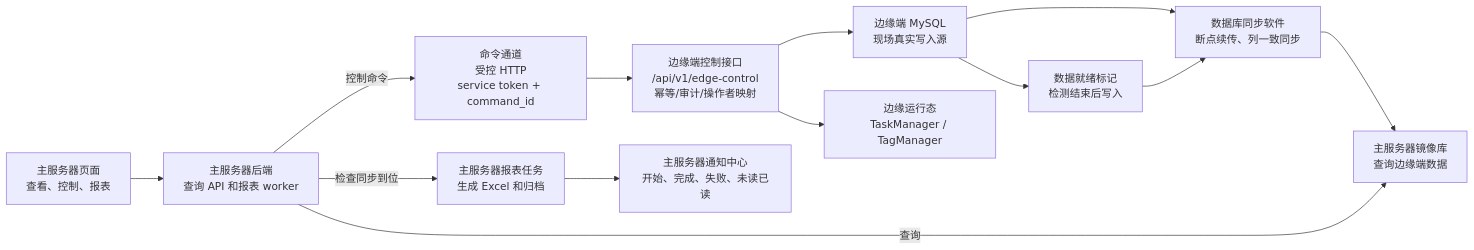
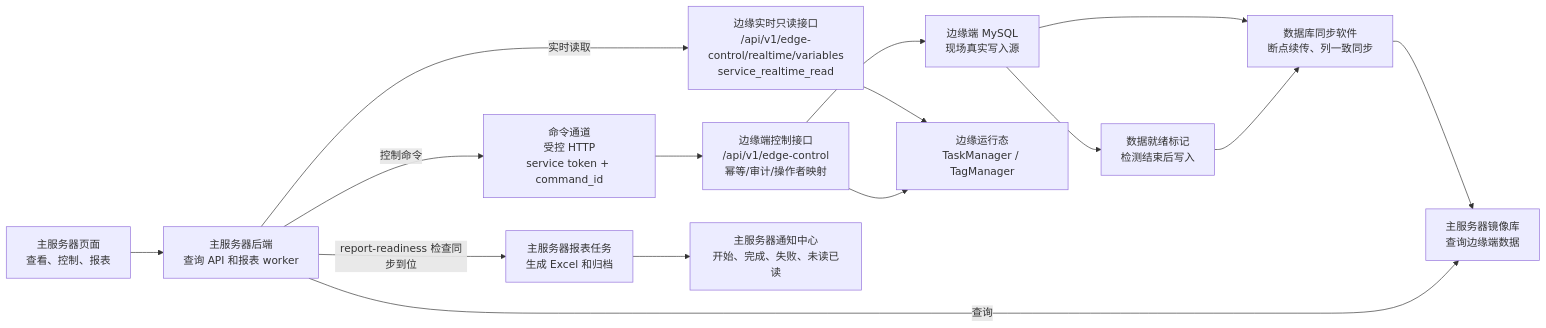
One commit to YufeiSun5/edge-terminal-SPT changed the sixth of 6 diagrams in backend/docs/边缘端全链路数据流转与分发图.md. Above: the diagram before and after it, drawn with Mermaid. The commit also changed other lines of this file and 49 other files, not shown here.

Commit message:
Refactor desktop and backend edge data flow

````diff
--- a/backend/docs/边缘端全链路数据流转与分发图.md
+++ b/backend/docs/边缘端全链路数据流转与分发图.md
@@ -549,18 +589,20 @@
 ```mermaid
 flowchart LR
   边缘库["边缘端 MySQL\n现场真实写入源"] --> 同步软件["数据库同步软件\n断点续传、列一致同步"]
   同步软件 --> 主镜像库["主服务器镜像库\n查询边缘端数据"]
 
   主页面["主服务器页面\n查看、控制、报表"] --> 主后端["主服务器后端\n查询 API 和报表 worker"]
   主后端 -->|查询| 主镜像库
+  主后端 -->|实时读取| 边缘实时读取["边缘实时只读接口\n/api/v1/edge-control/realtime/variables\nservice_realtime_read"]
+  边缘实时读取 --> 边缘运行态["边缘运行态\nTaskManager / TagManager"]
 
   主后端 -->|控制命令| 命令通道["命令通道\n受控 HTTP\nservice token + command_id"]
   命令通道 --> 边缘控制["边缘端控制接口\n/api/v1/edge-control\n幂等/审计/操作者映射"]
   边缘控制 --> 边缘库
-  边缘控制 --> 边缘运行态["边缘运行态\nTaskManager / TagManager"]
+  边缘控制 --> 边缘运行态
 
   边缘库 --> 数据就绪["数据就绪标记\n检测结束后写入"]
   数据就绪 --> 同步软件
-  主后端 -->|检查同步到位| 报表任务["主服务器报表任务\n生成 Excel 和归档"]
+  主后端 -->|report-readiness 检查同步到位| 报表任务["主服务器报表任务\n生成 Excel 和归档"]
   报表任务 --> 主通知["主服务器通知中心\n开始、完成、失败、未读已读"]
 ```
````
